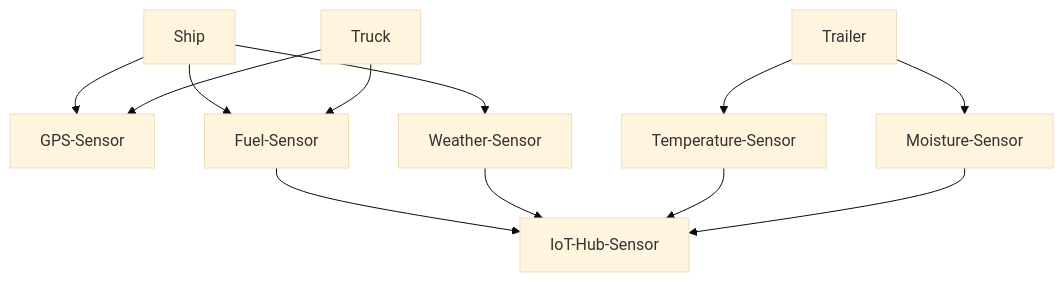
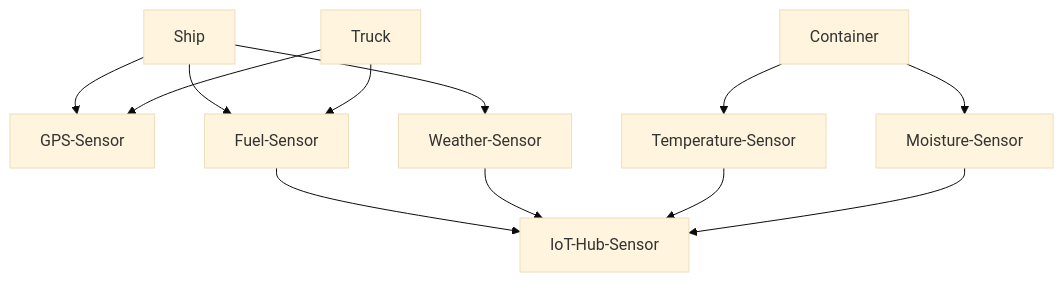
Before and after one commit to luebken/platform-example-logistics: the second of 2 diagrams in demo.md, drawn with Mermaid (base theme). The commit also changed other lines of this file and 3 other files, not shown here.

````diff
--- a/demo.md
+++ b/demo.md
@@ -32,14 +32,14 @@
 ```mermaid
   graph TD;
       Ship-->GPS-Sensor;
       Ship-->Fuel-Sensor;
       Ship-->Weather-Sensor;
       Truck-->GPS-Sensor;
       Truck-->Fuel-Sensor;
-      Trailer-->Temperature-Sensor;
-      Trailer-->Moisture-Sensor;
+      Container-->Temperature-Sensor;
+      Container-->Moisture-Sensor;
       Fuel-Sensor-->IoT-Hub-Sensor;
       Weather-Sensor-->IoT-Hub-Sensor;
       Temperature-Sensor-->IoT-Hub-Sensor
       Moisture-Sensor-->IoT-Hub-Sensor
 ```
````
